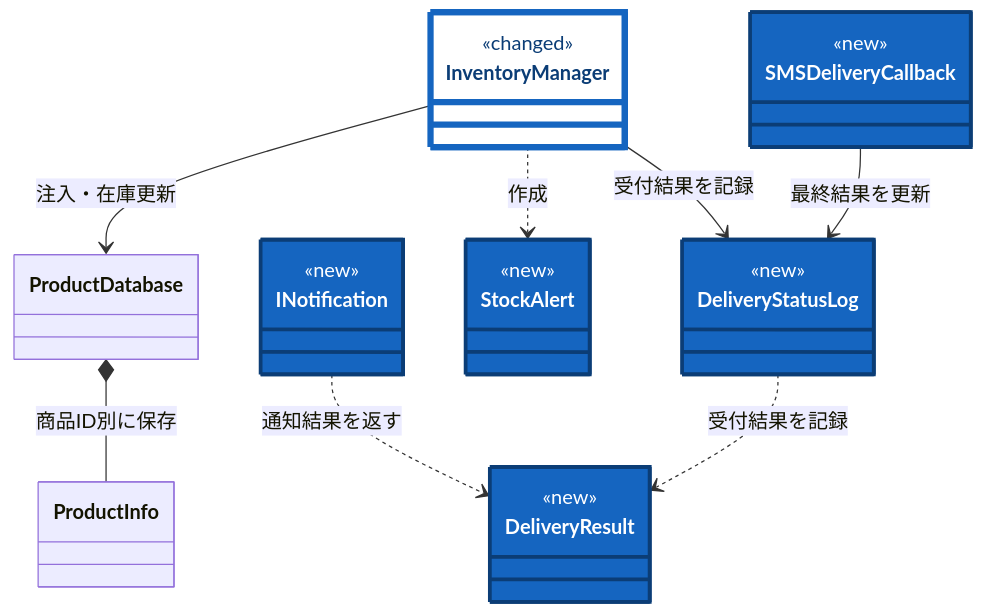
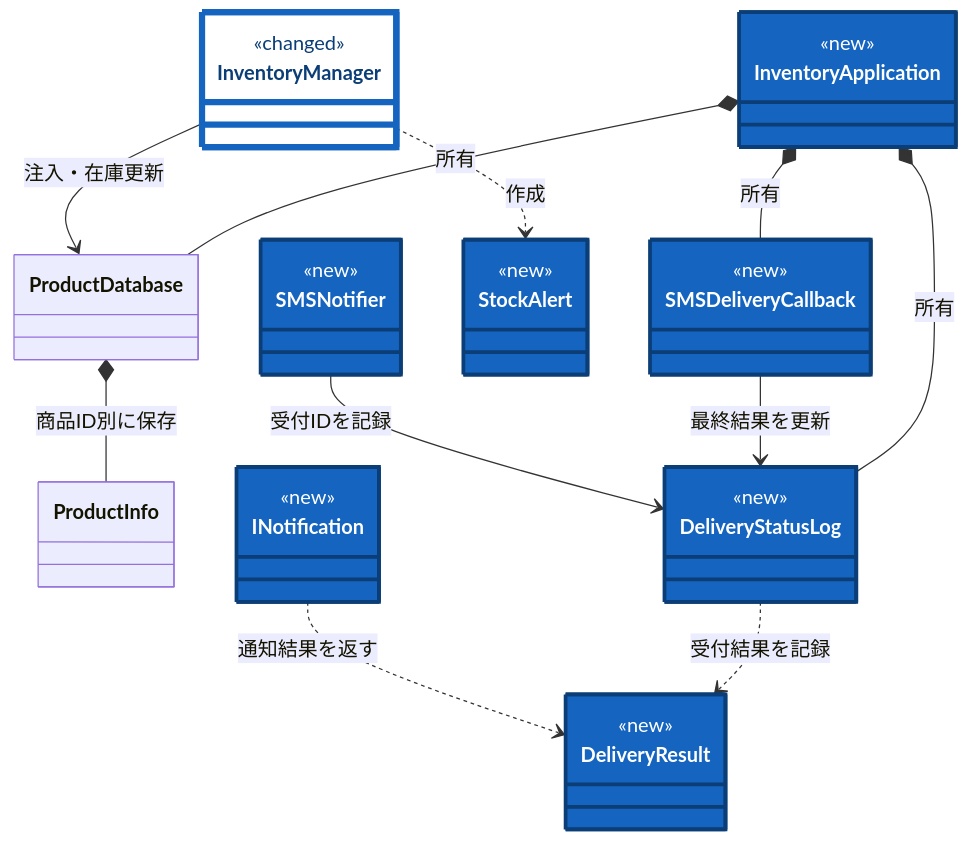
Diagram 12 of 18 in kindle/design-patterns/books/volume01-core-patterns/output/05-chapter03.md (kumachan1101-pixel/DesignPattern), drawn with Mermaid before and after one commit. The commit also changed other lines of this file and 41 other files, not shown here.

````diff
--- a/kindle/design-patterns/books/volume01-core-patterns/output/05-chapter03.md
+++ b/kindle/design-patterns/books/volume01-core-patterns/output/05-chapter03.md
@@ -2315,34 +2495,43 @@
 ```mermaid
 classDiagram
     direction TB
     class InventoryManager:::touched {
         <<changed>>
     }
     class ProductDatabase
     class ProductInfo
     class DeliveryStatusLog:::added {
         <<new>>
     }
     class DeliveryResult:::added {
         <<new>>
     }
     class SMSDeliveryCallback:::added {
         <<new>>
     }
     class StockAlert:::added {
         <<new>>
     }
+    class InventoryApplication:::added {
+        <<new>>
+    }
+    class SMSNotifier:::added {
+        <<new>>
+    }
     class INotification:::added {
         <<new>>
     }
     InventoryManager --> ProductDatabase : 注入・在庫更新
-    InventoryManager --> DeliveryStatusLog : 受付結果を記録
+    SMSNotifier --> DeliveryStatusLog : 受付IDを記録
     InventoryManager ..> StockAlert : 作成
     SMSDeliveryCallback --> DeliveryStatusLog : 最終結果を更新
     ProductDatabase *-- ProductInfo : 商品ID別に保存
     INotification ..> DeliveryResult : 通知結果を返す
     DeliveryStatusLog ..> DeliveryResult : 受付結果を記録
+    InventoryApplication *-- ProductDatabase : 所有
+    InventoryApplication *-- DeliveryStatusLog : 所有
+    InventoryApplication *-- SMSDeliveryCallback : 所有
 
     classDef added fill:#1565c0,stroke:#0b3d76,stroke-width:3px,color:#ffffff;
     classDef touched fill:#ffffff,stroke:#1565c0,stroke-width:5px,color:#0b3d76;
 ```
````
